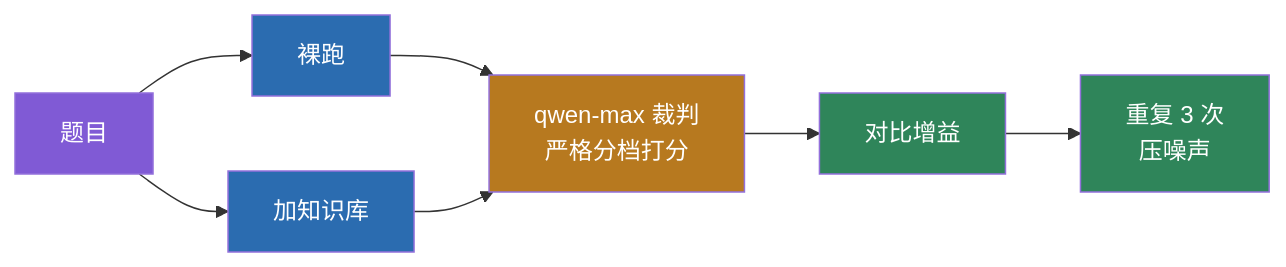
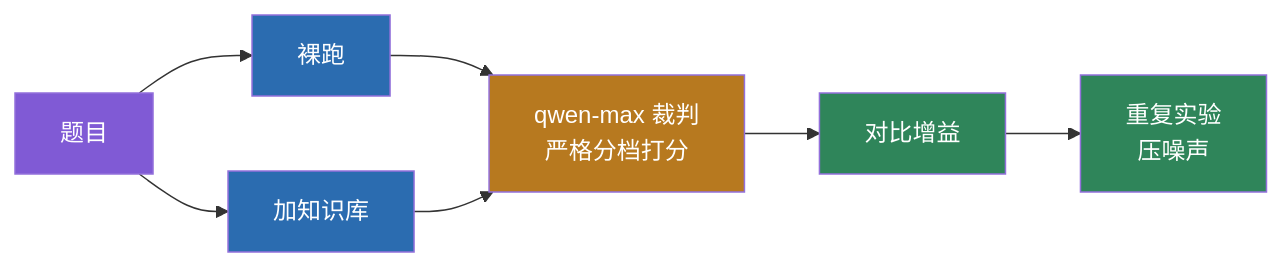
One commit to Baixiaodou/comm-knowledge-graph changed the seventh of 9 diagrams in README.md. Above: the diagram before and after it, drawn with Mermaid. The commit also changed other lines of this file, not shown here.

````diff
--- a/README.md
+++ b/README.md
@@ -455,15 +455,15 @@
 ```mermaid
 flowchart LR
     Q["题目"] --> RAW["裸跑"]
     Q --> KB["加知识库"]
     RAW --> J["qwen-max 裁判<br/>严格分档打分"]
     KB --> J
     J --> G["对比增益"]
-    G --> R["重复 3 次<br/>压噪声"]
+    G --> R["重复实验<br/>压噪声"]
     style Q fill:#805ad5,color:#fff
     style RAW fill:#2b6cb0,color:#fff
     style KB fill:#2b6cb0,color:#fff
     style J fill:#b7791f,color:#fff
     style G fill:#2f855a,color:#fff
     style R fill:#2f855a,color:#fff
 ```
````
